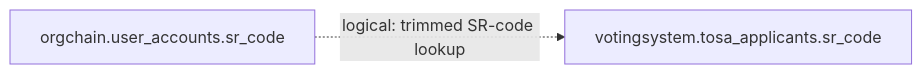
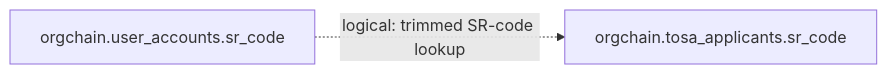
The second of 2 diagrams in ORGCHAIN/03 - Database and Data Models/Application Relationships and Schema Boundaries.md (chals1029/OrgChainProject), drawn with Mermaid before and after one commit. The commit also changed other lines of this file and 62 other files, not shown here.

````diff
--- a/ORGCHAIN/03 - Database and Data Models/Application Relationships and Schema Boundaries.md
+++ b/ORGCHAIN/03 - Database and Data Models/Application Relationships and Schema Boundaries.md
@@ -67,4 +67,4 @@
 ```mermaid
 flowchart LR
-    USER[orgchain.user_accounts.sr_code] -.->|logical: trimmed SR-code lookup| APP[votingsystem.tosa_applicants.sr_code]
+    USER[orgchain.user_accounts.sr_code] -.->|logical: trimmed SR-code lookup| APP[orgchain.tosa_applicants.sr_code]
 ```
````
